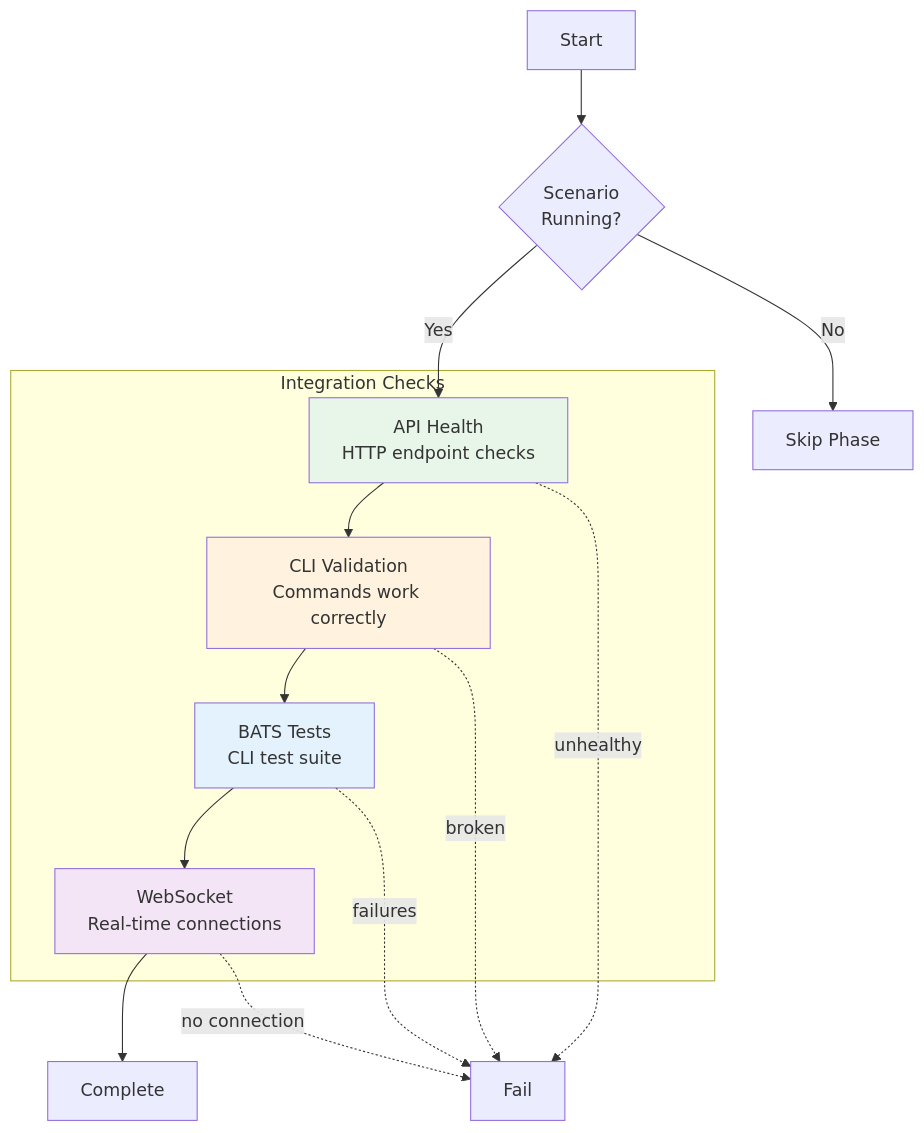
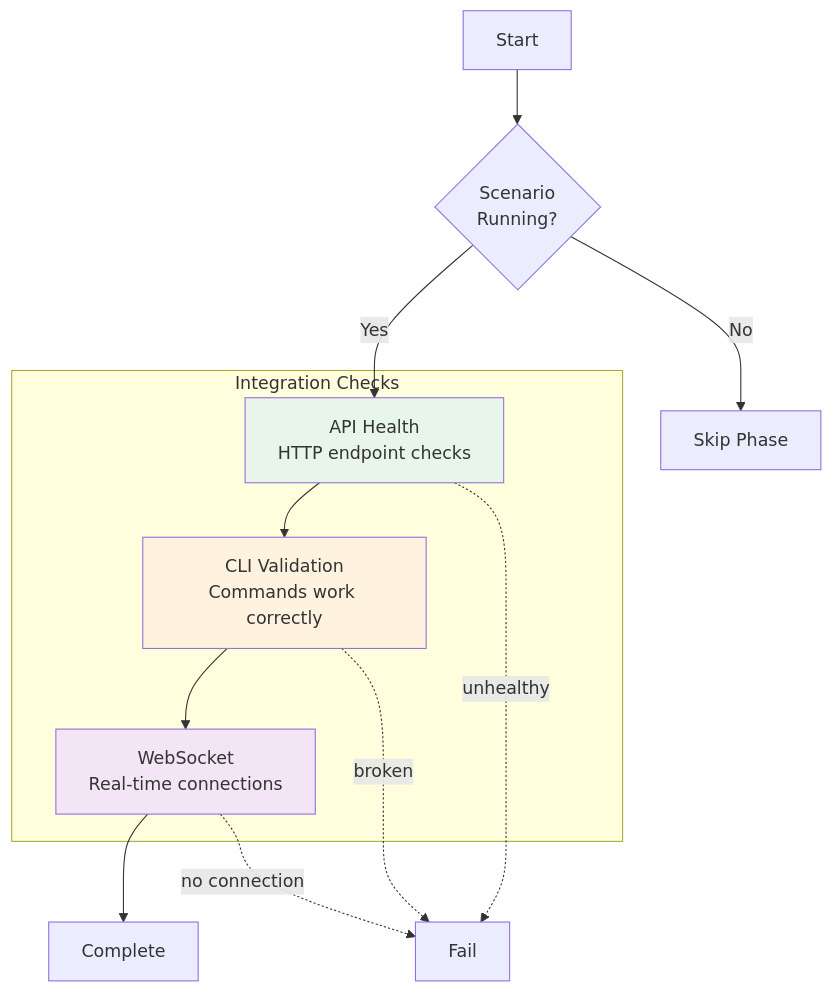
Before and after one commit to Vrooli/Vrooli: the diagram in scenarios/test-genie/docs/phases/integration/README.md, drawn with Mermaid. The commit also changed other lines of this file and 232 other files, not shown here.

````diff
--- a/scenarios/test-genie/docs/phases/integration/README.md
+++ b/scenarios/test-genie/docs/phases/integration/README.md
@@ -12,28 +12,24 @@
 ```mermaid
 graph TB
     subgraph "Integration Checks"
         API[API Health<br/>HTTP endpoint checks]
         CLI[CLI Validation<br/>Commands work correctly]
-        BATS[BATS Tests<br/>CLI test suite]
         WS[WebSocket<br/>Real-time connections]
     end
 
     START[Start] --> RUNTIME{Scenario<br/>Running?}
     RUNTIME -->|Yes| API
     RUNTIME -->|No| SKIP[Skip Phase]
 
     API --> CLI
-    CLI --> BATS
-    BATS --> WS
+    CLI --> WS
     WS --> DONE[Complete]
 
     API -.->|unhealthy| FAIL[Fail]
     CLI -.->|broken| FAIL
-    BATS -.->|failures| FAIL
     WS -.->|no connection| FAIL
 
     style API fill:#e8f5e9
     style CLI fill:#fff3e0
-    style BATS fill:#e3f2fd
     style WS fill:#f3e5f5
 ```
````
